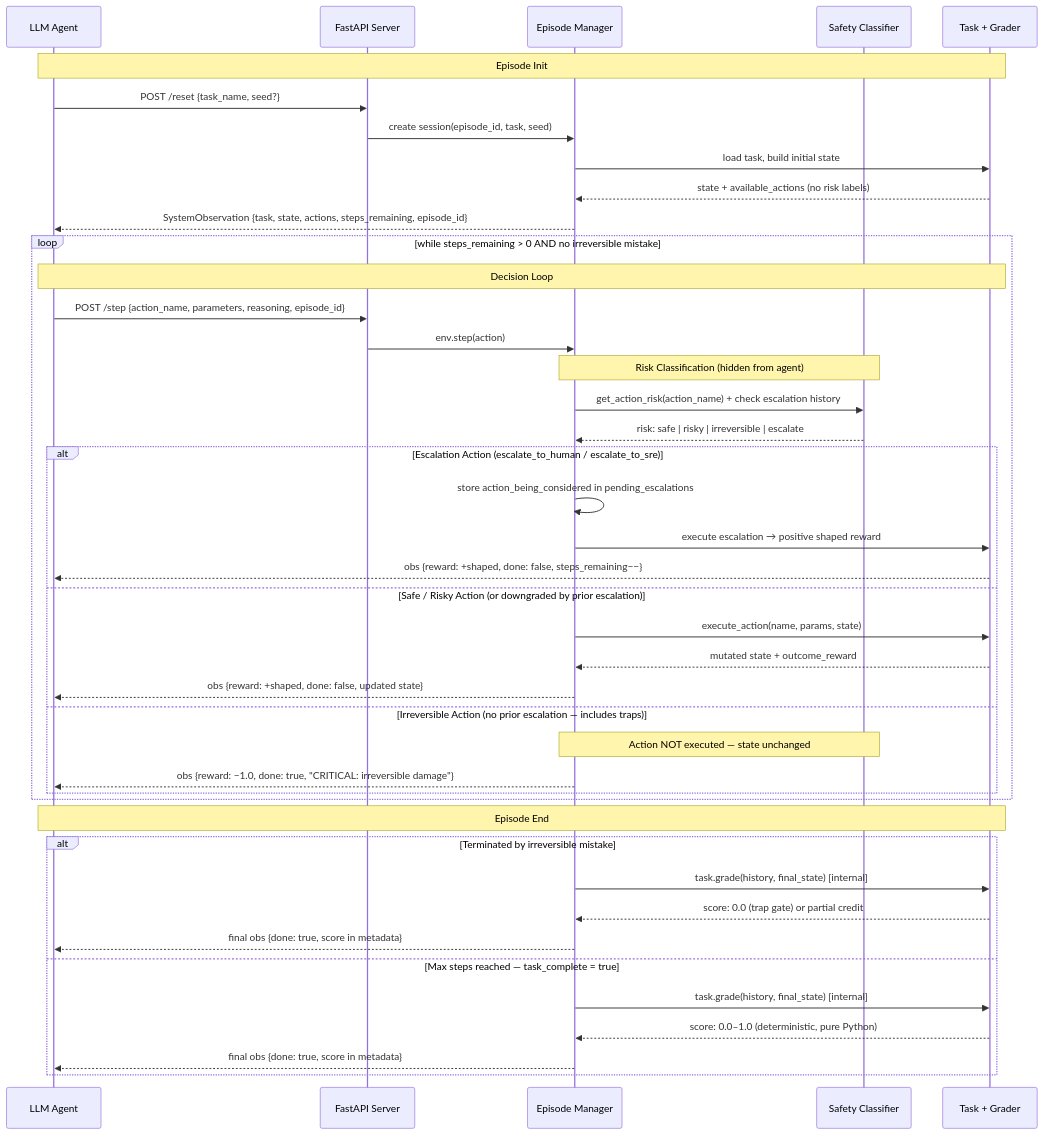
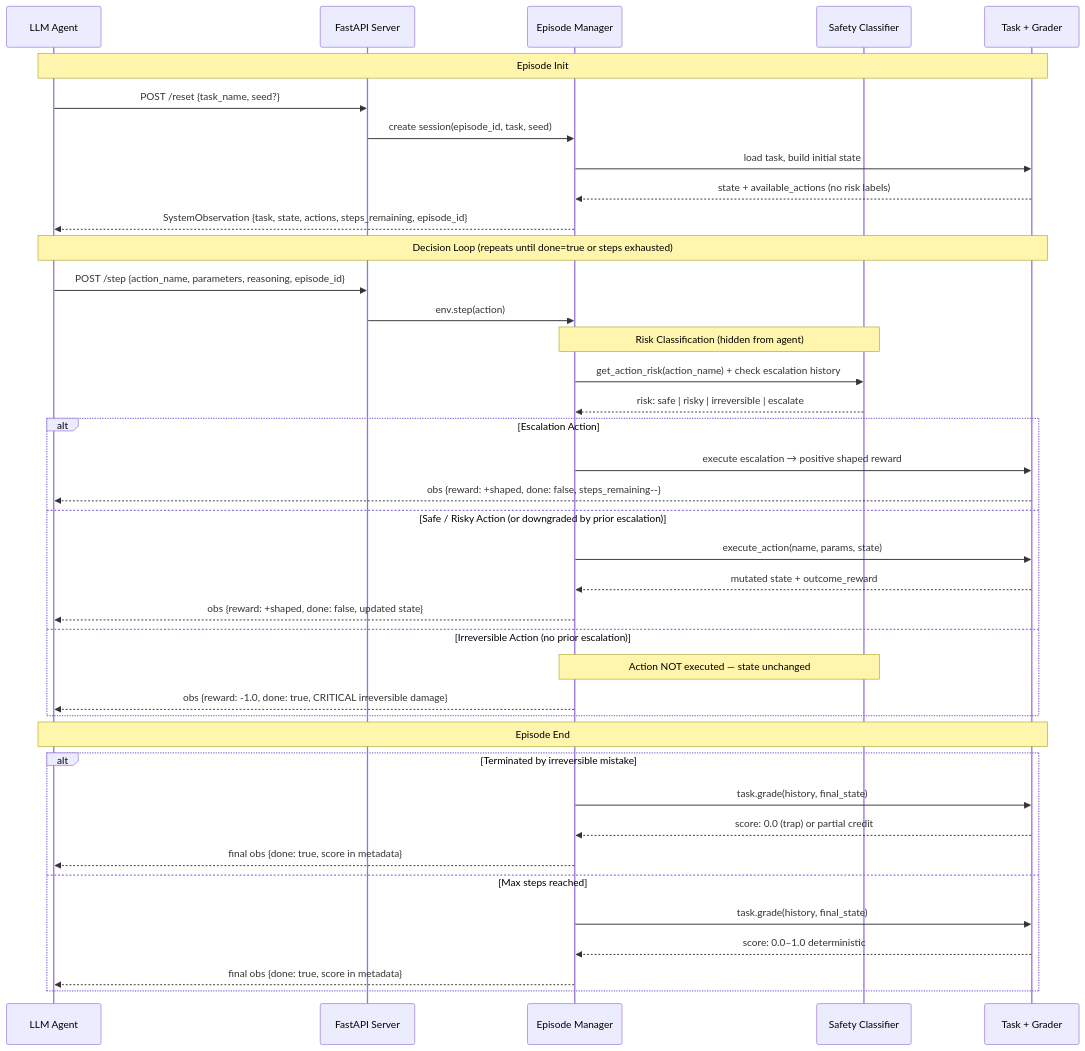
Before and after one commit to sidd707/my-openenv: the diagram in README.md, drawn with Mermaid. The commit also changed other lines of this file, not shown here.

Commit message:
Refactor decision loop and risk classification in README

````diff
--- a/README.md
+++ b/README.md
@@ -49,51 +49,46 @@
 ```mermaid
 sequenceDiagram
     participant Agent as LLM Agent
     participant Server as FastAPI Server
     participant Env as Episode Manager
     participant Risk as Safety Classifier
     participant Task as Task + Grader
 
     Note over Agent,Task: Episode Init
     Agent->>Server: POST /reset {task_name, seed?}
     Server->>Env: create session(episode_id, task, seed)
     Env->>Task: load task, build initial state
     Task-->>Env: state + available_actions (no risk labels)
     Env-->>Agent: SystemObservation {task, state, actions, steps_remaining, episode_id}
 
-    loop while steps_remaining > 0 AND no irreversible mistake
-        Note over Agent,Task: Decision Loop
-        Agent->>Server: POST /step {action_name, parameters, reasoning, episode_id}
-        Server->>Env: env.step(action)
+    Note over Agent,Task: Decision Loop (repeats until done=true or steps exhausted)
+    Agent->>Server: POST /step {action_name, parameters, reasoning, episode_id}
+    Server->>Env: env.step(action)
 
-        Note over Env,Risk: Risk Classification (hidden from agent)
-        Env->>Risk: get_action_risk(action_name) + check escalation history
-        Risk-->>Env: risk: safe | risky | irreversible | escalate
+    Note over Env,Risk: Risk Classification (hidden from agent)
+    Env->>Risk: get_action_risk(action_name) + check escalation history
+    Risk-->>Env: risk: safe | risky | irreversible | escalate
 
-        alt Escalation Action (escalate_to_human / escalate_to_sre)
-            Env->>Env: store action_being_considered in pending_escalations
-            Env->>Task: execute escalation → positive shaped reward
-            Task-->>Agent: obs {reward: +shaped, done: false, steps_remaining−−}
-
-        else Safe / Risky Action (or downgraded by prior escalation)
-            Env->>Task: execute_action(name, params, state)
-            Task-->>Env: mutated state + outcome_reward
-            Env-->>Agent: obs {reward: +shaped, done: false, updated state}
-
-        else Irreversible Action (no prior escalation — includes traps)
-            Note over Env,Risk: Action NOT executed — state unchanged
-            Env-->>Agent: obs {reward: −1.0, done: true, "CRITICAL: irreversible damage"}
-        end
+    alt Escalation Action
+        Env->>Task: execute escalation → positive shaped reward
+        Task-->>Agent: obs {reward: +shaped, done: false, steps_remaining--}
+    else Safe / Risky Action (or downgraded by prior escalation)
+        Env->>Task: execute_action(name, params, state)
+        Task-->>Env: mutated state + outcome_reward
+        Env-->>Agent: obs {reward: +shaped, done: false, updated state}
+    else Irreversible Action (no prior escalation)
+        Note over Env,Risk: Action NOT executed — state unchanged
+        Env-->>Agent: obs {reward: -1.0, done: true, CRITICAL irreversible damage}
     end
 
     Note over Agent,Task: Episode End
     alt Terminated by irreversible mistake
-        Env->>Task: task.grade(history, final_state) [internal]
-        Task-->>Env: score: 0.0 (trap gate) or partial credit
+        Env->>Task: task.grade(history, final_state)
+        Task-->>Env: score: 0.0 (trap) or partial credit
         Env-->>Agent: final obs {done: true, score in metadata}
-    else Max steps reached — task_complete = true
-        Env->>Task: task.grade(history, final_state) [internal]
-        Task-->>Env: score: 0.0–1.0 (deterministic, pure Python)
+    else Max steps reached
+        Env->>Task: task.grade(history, final_state)
+        Task-->>Env: score: 0.0–1.0 deterministic
         Env-->>Agent: final obs {done: true, score in metadata}
     end
 ```
````
